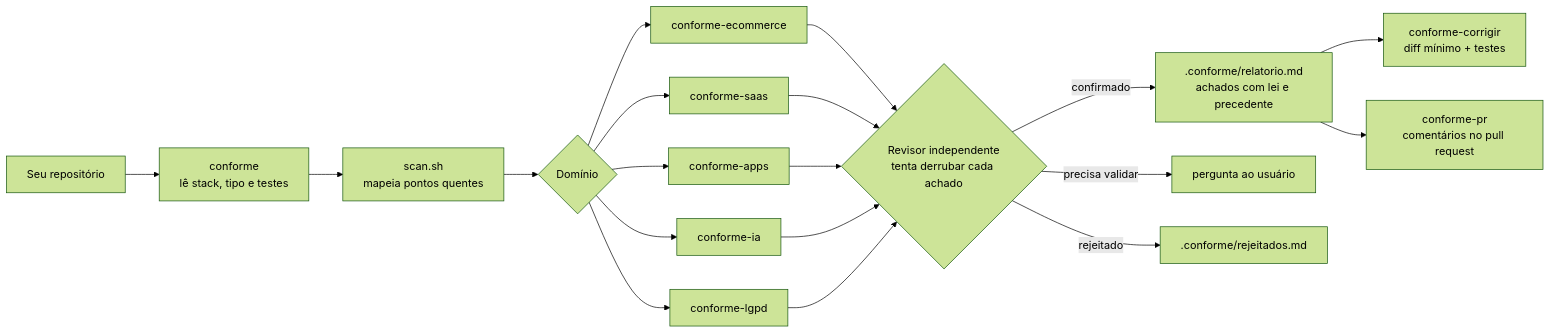
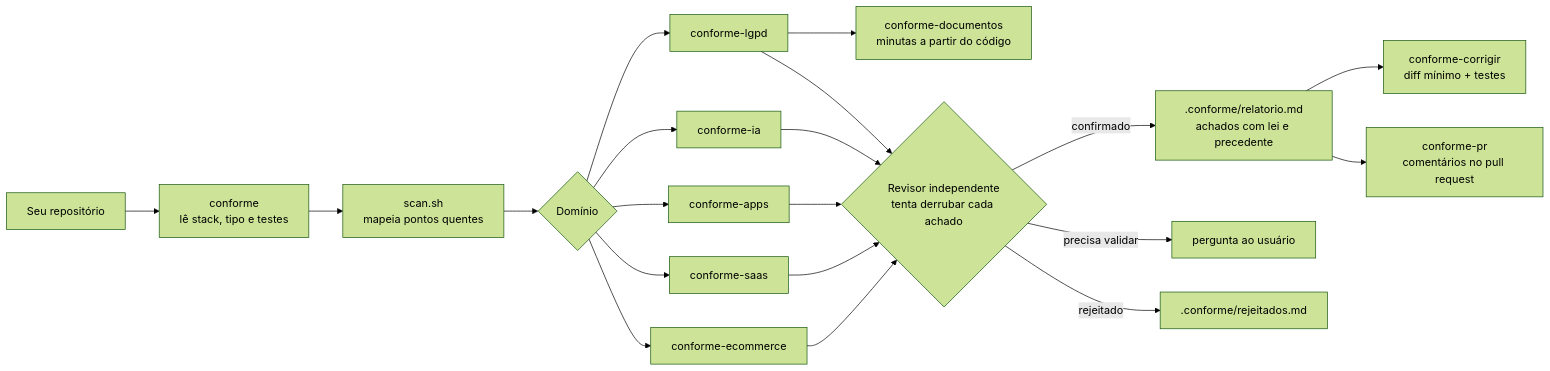
One commit to manoagois/conforme changed the diagram in README.md. Above: the diagram before and after it, drawn with Mermaid (forest theme). The commit also changed other lines of this file and 20 other files, not shown here.

First line of the commit message:
feat: conforme-documentos, minutas a partir do código (0.3.0)

````diff
--- a/README.md
+++ b/README.md
@@ -46,17 +46,18 @@
 ```mermaid
 flowchart LR
     A[Seu repositório] --> B[conforme<br/>lê stack, tipo e testes]
     B --> C[scan.sh<br/>mapeia pontos quentes]
     C --> D{Domínio}
     D --> E[conforme-ecommerce]
     D --> F[conforme-saas]
     D --> G[conforme-apps]
     D --> H[conforme-ia]
     D --> I[conforme-lgpd]
+    I --> DOC[conforme-documentos<br/>minutas a partir do código]
     E & F & G & H & I --> R{Revisor independente<br/>tenta derrubar cada achado}
     R -- confirmado --> J[.conforme/relatorio.md<br/>achados com lei e precedente]
     R -- precisa validar --> Q[pergunta ao usuário]
     R -- rejeitado --> X[.conforme/rejeitados.md]
     J --> K[conforme-corrigir<br/>diff mínimo + testes]
     J --> L[conforme-pr<br/>comentários no pull request]
 ```
````
